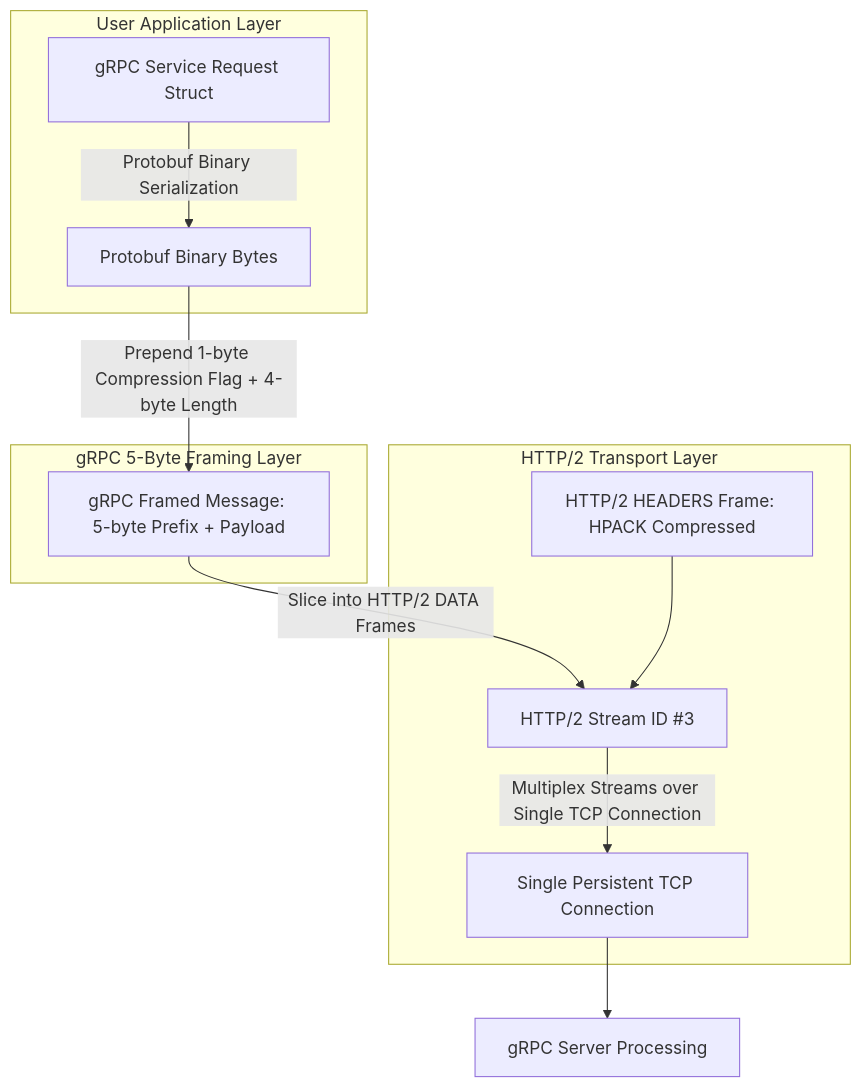
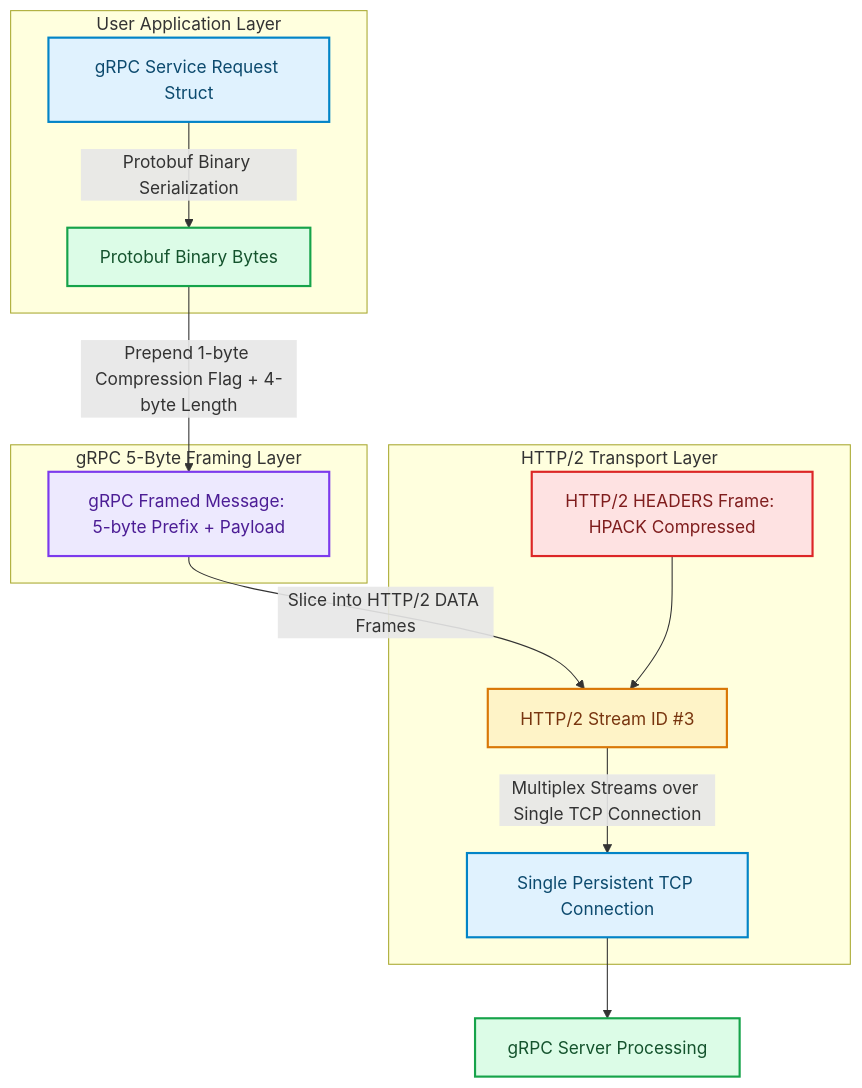
Before and after one commit to akmalkhaniub/akmalkhaniub.github.io: the diagram in blog/posts/protocol-buffers-grpc-streaming-multiplexed-http2-framing.md, drawn with Mermaid. The commit also changed other lines of this file and 1291 other files, not shown here.

First line of the commit message:
feat(catalog): unique covers, scholarly references, and diagram palettes

````diff
--- a/blog/posts/protocol-buffers-grpc-streaming-multiplexed-http2-framing.md
+++ b/blog/posts/protocol-buffers-grpc-streaming-multiplexed-http2-framing.md
@@ -20,19 +20,30 @@
 ```mermaid
 flowchart TD
   subgraph SG1_UserApplicationLayer ["User Application Layer"]
-    Req[gRPC Service Request Struct] -->|Protobuf Binary Serialization| ProtoBytes[Protobuf Binary Bytes]
+    Req["gRPC Service Request Struct"] -->|Protobuf Binary Serialization| ProtoBytes["Protobuf Binary Bytes"]
   end
   
   subgraph SG2_Grpc5Byte ["gRPC 5-Byte Framing Layer"]
-    ProtoBytes -->|Prepend 1-byte Compression Flag + 4-byte Length| FramedMsg[gRPC Framed Message: 5-byte Prefix + Payload]
+    ProtoBytes -->|Prepend 1-byte Compression Flag + 4-byte Length| FramedMsg["gRPC Framed Message: 5-byte Prefix + Payload"]
   end
   
   subgraph SG3_Http2Transport ["HTTP/2 Transport Layer"]
-    FramedMsg -->|Slice into HTTP/2 DATA Frames| H2_Stream[HTTP/2 Stream ID #3]
-    H2_Headers[HTTP/2 HEADERS Frame: HPACK Compressed] --> H2_Stream
+    FramedMsg -->|Slice into HTTP/2 DATA Frames| H2_Stream["HTTP/2 Stream ID #3"]
+    H2_Headers["HTTP/2 HEADERS Frame: HPACK Compressed"] --> H2_Stream
     
-    H2_Stream -->|Multiplex Streams over Single TCP Connection| TCP[Single Persistent TCP Connection]
+    H2_Stream -->|Multiplex Streams over Single TCP Connection| TCP["Single Persistent TCP Connection"]
   end
   
-  TCP --> Server[gRPC Server Processing]
+  TCP --> Server["gRPC Server Processing"]
+
+classDef green fill:#dcfce7,stroke:#16a34a,stroke-width:2px,color:#14532d;
+classDef red fill:#fee2e2,stroke:#dc2626,stroke-width:2px,color:#7f1d1d;
+classDef blue fill:#e0f2fe,stroke:#0284c7,stroke-width:2px,color:#0c4a6e;
+classDef yellow fill:#fef3c7,stroke:#d97706,stroke-width:2px,color:#78350f;
+classDef purple fill:#ede9fe,stroke:#7c3aed,stroke-width:2px,color:#4c1d95;
+class Req,TCP blue
+class ProtoBytes,Server green
+class FramedMsg purple
+class H2_Stream yellow
+class H2_Headers red
 ```
````
